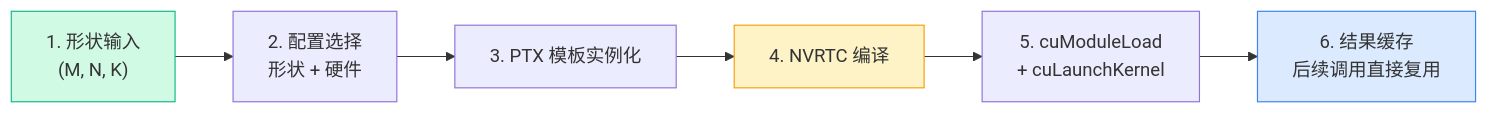
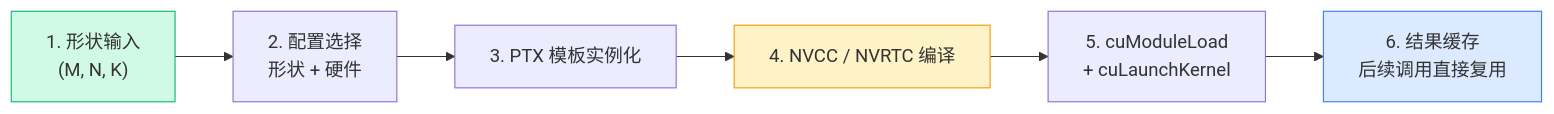
The third of 5 diagrams in content/posts/tech/deepgemm-high-performance-fp8-gemm-kernels.md (A1pha3/text-matrix), drawn with Mermaid before and after one commit. The commit also changed other lines of this file and 18 other files, not shown here.

````diff
--- a/content/posts/tech/deepgemm-high-performance-fp8-gemm-kernels.md
+++ b/content/posts/tech/deepgemm-high-performance-fp8-gemm-kernels.md
@@ -201,12 +176,12 @@
 ```mermaid
 flowchart LR
     S1["1. 形状输入<br/>(M, N, K)"] --> S2["2. 配置选择<br/>形状 + 硬件"]
     S2 --> S3["3. PTX 模板实例化"]
-    S3 --> S4["4. NVRTC 编译"]
+    S3 --> S4["4. NVCC / NVRTC 编译"]
     S4 --> S5["5. cuModuleLoad<br/>+ cuLaunchKernel"]
     S5 --> S6["6. 结果缓存<br/>后续调用直接复用"]
 
     style S1 fill:#d1fae5,stroke:#10b981
     style S4 fill:#fef3c7,stroke:#f59e0b
     style S6 fill:#dbeafe,stroke:#3b82f6
 ```
````
